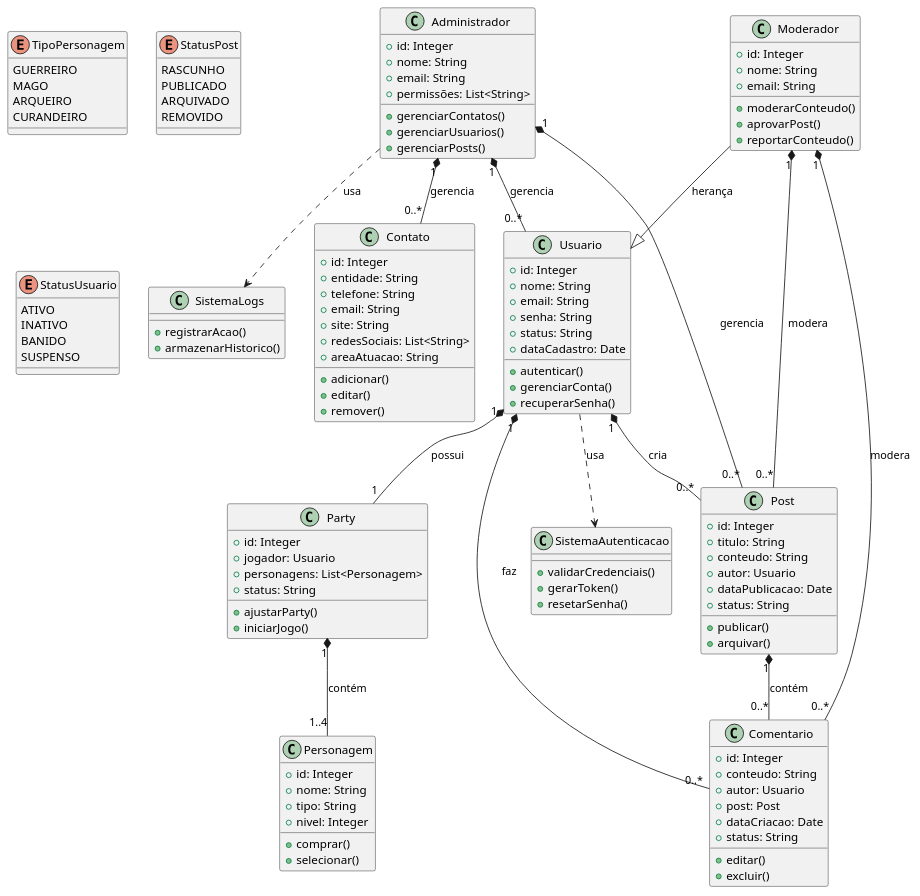
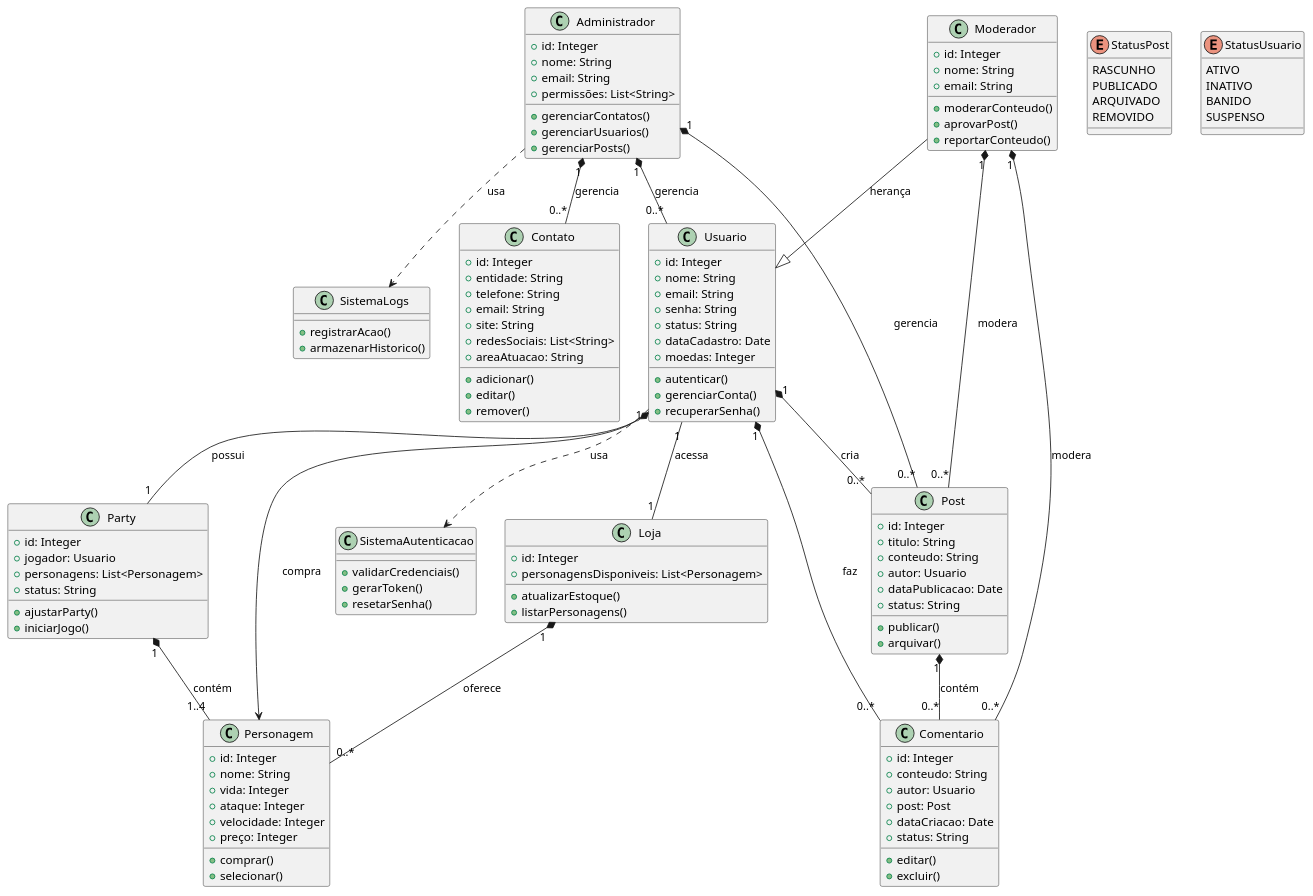
Before and after one commit to fatec-project/lm-projeto-interdisciplinar-sem-5: the diagram in diagramas/classes/sistema-geral.puml, drawn with PlantUML.

```diff
--- a/diagramas/classes/sistema-geral.puml
+++ b/diagramas/classes/sistema-geral.puml
@@ -1,138 +1,145 @@
-@startuml sistema_geral
+@startuml sistema_geral_atualizado
 
 class Administrador {
   + id: Integer
   + nome: String
   + email: String
   + permissões: List<String>
   + gerenciarContatos()
   + gerenciarUsuarios()
   + gerenciarPosts()
 }
 
 class Moderador {
   + id: Integer
   + nome: String
   + email: String
   + moderarConteudo()
   + aprovarPost()
   + reportarConteudo()
 }
 
 class Usuario {
   + id: Integer
   + nome: String
   + email: String
   + senha: String
   + status: String
   + dataCadastro: Date
+  + moedas: Integer
   + autenticar()
   + gerenciarConta()
   + recuperarSenha()
 }
 
 class Post {
   + id: Integer
   + titulo: String
   + conteudo: String
   + autor: Usuario
   + dataPublicacao: Date
   + status: String
   + publicar()
   + arquivar()
 }
 
 class Comentario {
   + id: Integer
   + conteudo: String
   + autor: Usuario
   + post: Post
   + dataCriacao: Date
   + status: String
   + editar()
   + excluir()
 }
 
 class Contato {
   + id: Integer
   + entidade: String
   + telefone: String
   + email: String
   + site: String
   + redesSociais: List<String>
   + areaAtuacao: String
   + adicionar()
   + editar()
   + remover()
 }
 
 class Party {
   + id: Integer
   + jogador: Usuario
   + personagens: List<Personagem>
   + status: String
   + ajustarParty()
   + iniciarJogo()
 }
 
 class Personagem {
   + id: Integer
   + nome: String
-  + tipo: String
-  + nivel: Integer
+  + vida: Integer
+  + ataque: Integer
+  + velocidade: Integer
+  + preço: Integer
   + comprar()
   + selecionar()
+}
+
+class Loja {
+  + id: Integer
+  + personagensDisponiveis: List<Personagem>
+  + atualizarEstoque()
+  + listarPersonagens()
 }
 
 class SistemaAutenticacao {
   + validarCredenciais()
   + gerarToken()
   + resetarSenha()
 }
 
 class SistemaLogs {
   + registrarAcao()
   + armazenarHistorico()
 }
 
 Administrador "1" *-- "0..*" Contato : gerencia
 Administrador "1" *-- "0..*" Usuario : gerencia
 Administrador "1" *-- "0..*" Post : gerencia
 
 Moderador --|> Usuario : herança
 Moderador "1" *-- "0..*" Post : modera
 Moderador "1" *-- "0..*" Comentario : modera
 
 Usuario "1" *-- "0..*" Post : cria
 Usuario "1" *-- "0..*" Comentario : faz
 Usuario "1" *-- "1" Party : possui
 
 Post "1" *-- "0..*" Comentario : contém
 
 Party "1" *-- "1..4" Personagem : contém
 
+Loja "1" *-- "0..*" Personagem : oferece
+Usuario "1" -- "1" Loja : acessa
+Usuario --> Personagem : compra
+
 Usuario ..> SistemaAutenticacao : usa
 Administrador ..> SistemaLogs : usa
-
-enum TipoPersonagem {
-  GUERREIRO
-  MAGO
-  ARQUEIRO
-  CURANDEIRO
-}
 
 enum StatusPost {
   RASCUNHO
   PUBLICADO
   ARQUIVADO
   REMOVIDO
 }
 
 enum StatusUsuario {
   ATIVO
   INATIVO
   BANIDO
   SUSPENSO
 }
 
 @enduml
```
